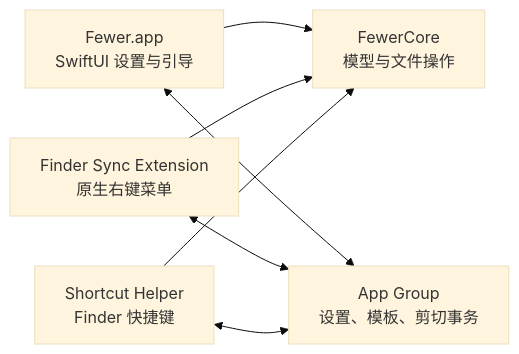
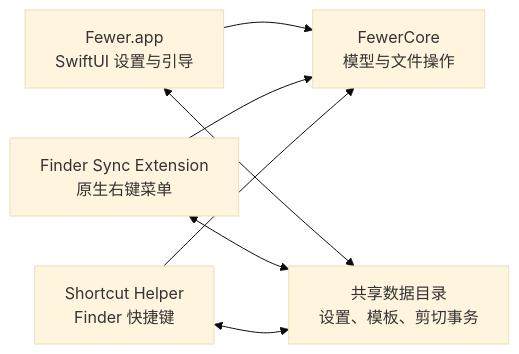
Before and after one commit to number-47/fewer: the diagram in docs/superpowers/specs/2026-08-05-fewer-v1-design.md, drawn with Mermaid (base theme). The commit also changed other lines of this file and 73 other files, not shown here.

````diff
--- a/docs/superpowers/specs/2026-08-05-fewer-v1-design.md
+++ b/docs/superpowers/specs/2026-08-05-fewer-v1-design.md
@@ -93,15 +93,15 @@
 ```mermaid
 flowchart LR
     App["Fewer.app<br/>SwiftUI 设置与引导"]
     Finder["Finder Sync Extension<br/>原生右键菜单"]
     Helper["Shortcut Helper<br/>Finder 快捷键"]
     Core["FewerCore<br/>模型与文件操作"]
-    Group["App Group<br/>设置、模板、剪切事务"]
+    Group["共享数据目录<br/>设置、模板、剪切事务"]
 
     App --> Core
     Finder --> Core
     Helper --> Core
     App <--> Group
     Finder <--> Group
     Helper <--> Group
 ```
````
